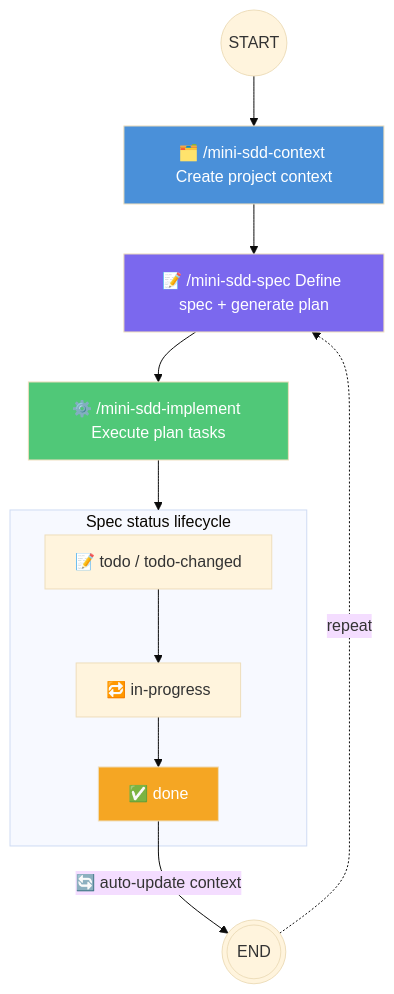
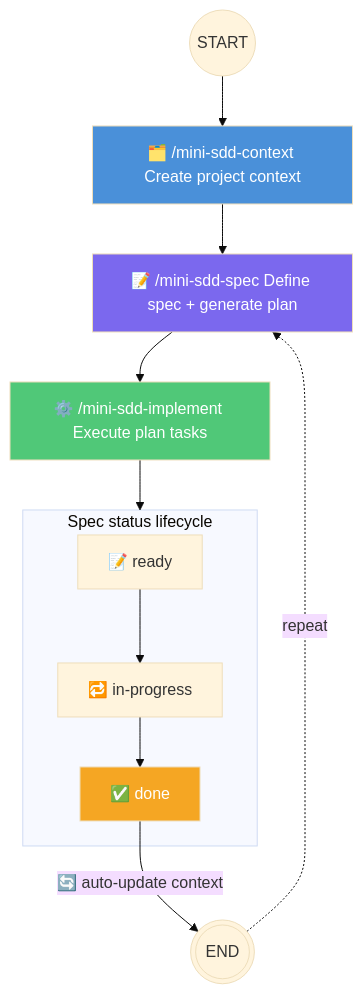
One commit to AlessioScarfone/aine-copilot-plugins changed the second of 2 diagrams in src/mini-sdd/README.md. Above: the diagram before and after it, drawn with Mermaid (base theme). The commit also changed other lines of this file and 6 other files, not shown here.

````diff
--- a/src/mini-sdd/README.md
+++ b/src/mini-sdd/README.md
@@ -160,18 +164,18 @@
 ```mermaid
 flowchart TD
     START((START)) --> CTX["🗂️ /mini-sdd-context Create project context"] --> SPEC
 
     SPEC["📝 /mini-sdd-spec Define spec + generate plan"] --> IMPL
     IMPL["⚙️ /mini-sdd-implement Execute plan tasks"] --> spec-flow
 
     subgraph spec-flow["Spec status lifecycle"]
-        TODO["📝 todo / todo-changed"] --> PROGRESS["🔁 in-progress"] --> DONE["✅ done"]
+      READY["📝 ready"] --> PROGRESS["🔁 in-progress"] --> DONE["✅ done"]
     end
 
     DONE -->|"🔄 auto-update context"| END(((END))) -.->|repeat| SPEC
 
     style CTX fill:#4A90D9,color:#fff
     style SPEC fill:#7B68EE,color:#fff
     style IMPL fill:#50C878,color:#fff
     style DONE fill:#F5A623,color:#fff
 ```
````
